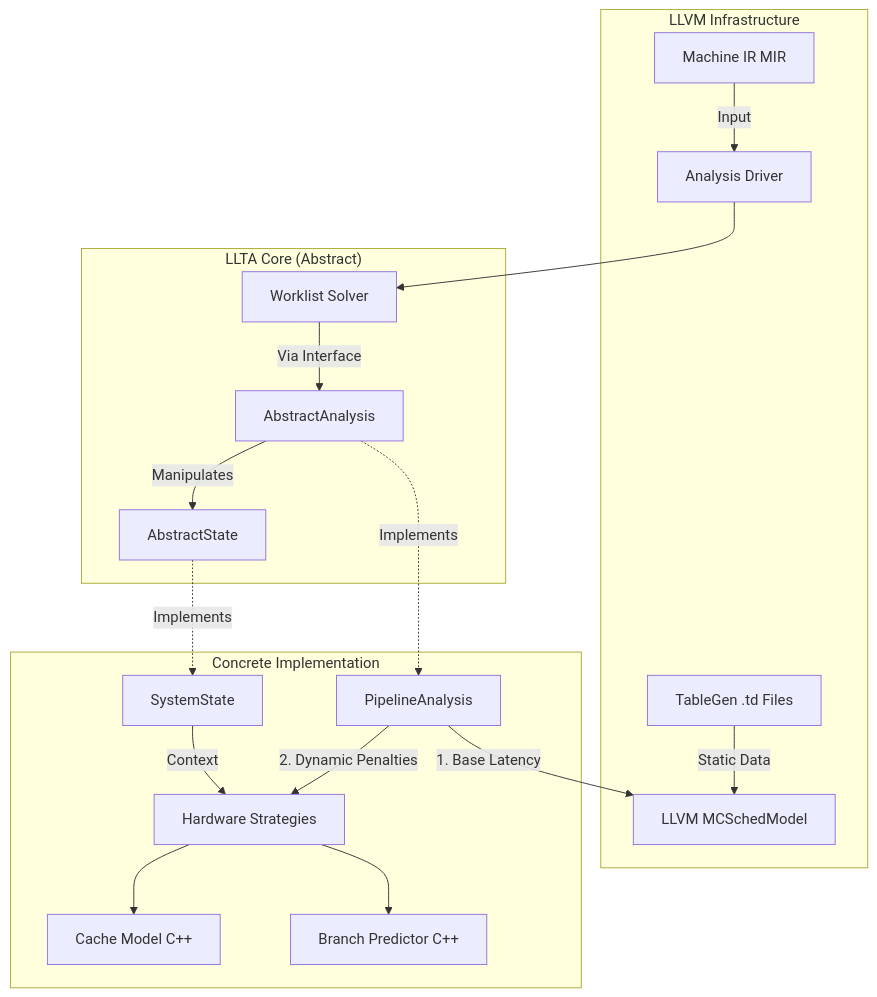
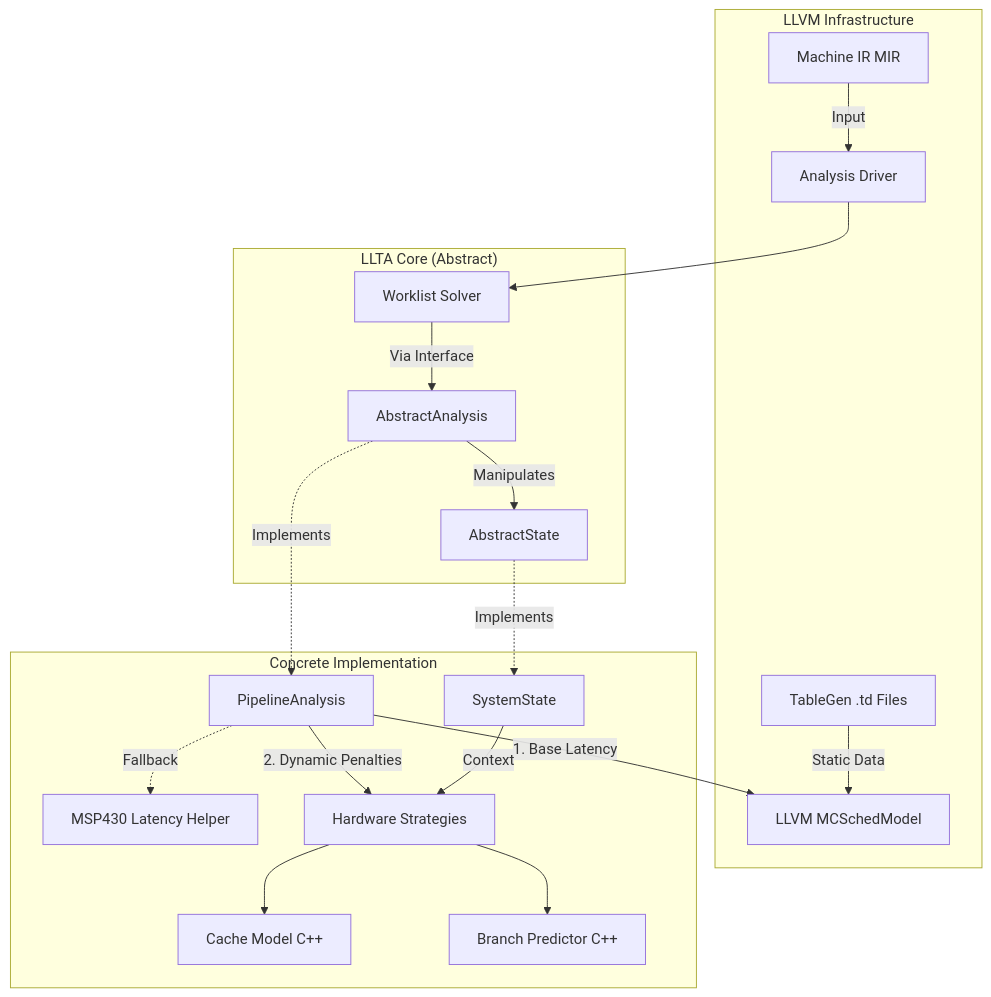
Before and after one commit to nilhoel1/LLTA: the diagram in .ai/ANALYSIS_DESIGN.md, drawn with Mermaid. The commit also changed other lines of this file, not shown here.

````diff
--- a/.ai/ANALYSIS_DESIGN.md
+++ b/.ai/ANALYSIS_DESIGN.md
@@ -7,26 +7,27 @@
 ```mermaid
 graph TD
     subgraph "LLVM Infrastructure"
         MIR[Machine IR MIR] --> |Input| Driver
         TD[TableGen .td Files] --> |Static Data| SchedModel[LLVM MCSchedModel]
     end
 
     subgraph "LLTA Core (Abstract)"
         Driver[Analysis Driver] --> Solver[Worklist Solver]
         Solver --> |Via Interface| Analysis[AbstractAnalysis]
         Analysis --> |Manipulates| State[AbstractState]
     end
 
     subgraph "Concrete Implementation"
         Analysis -.-> |Implements| Pipeline[PipelineAnalysis]
         State -.-> |Implements| SysState[SystemState]
         
         Pipeline --> |1. Base Latency| SchedModel
+        Pipeline -.-> |Fallback| MSP430[MSP430 Latency Helper]
         Pipeline --> |2. Dynamic Penalties| Strat[Hardware Strategies]
         
         Strat --> Cache[Cache Model C++]
         Strat --> BP[Branch Predictor C++]
         
         SysState --> |Context| Strat
     end
 ```
````
